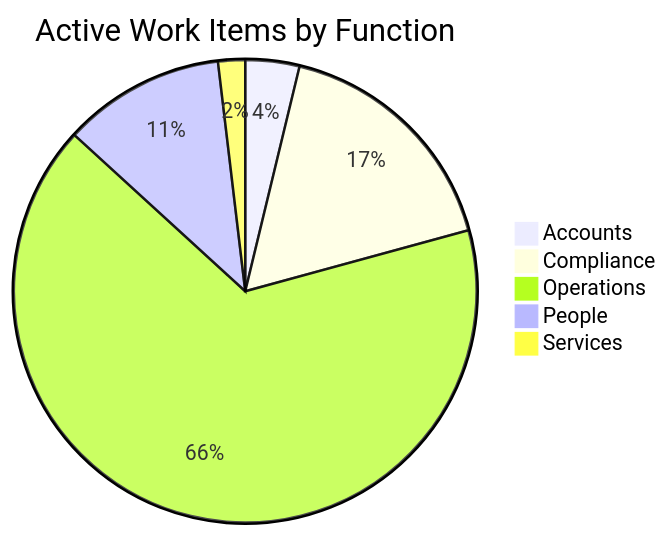
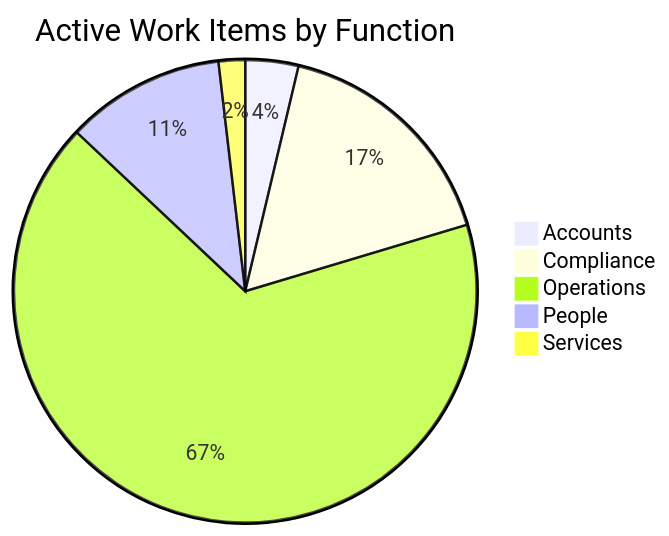
One commit to mgosal/5et.uk changed the first of 3 diagrams in dashboard.md. Above: the diagram before and after it, drawn with Mermaid. The commit also changed other lines of this file and 2 other files, not shown here.

````diff
--- a/dashboard.md
+++ b/dashboard.md
@@ -167,8 +166,8 @@
 ```mermaid
 pie title Active Work Items by Function
     "Accounts" : 2
     "Compliance" : 9
-    "Operations" : 35
+    "Operations" : 36
     "People" : 6
     "Services" : 1
 ```
````
